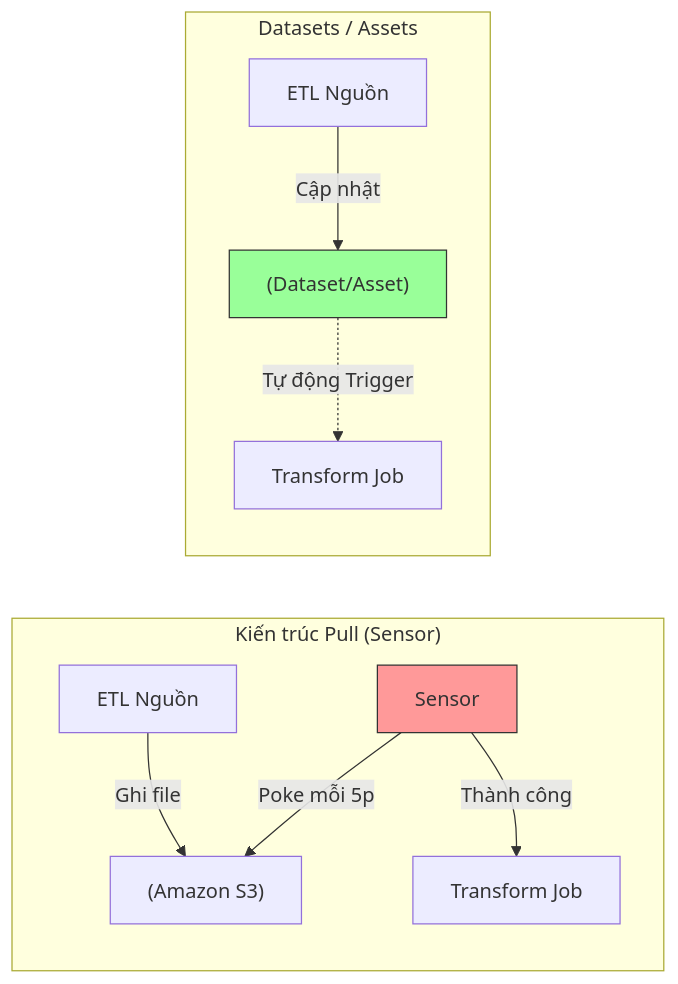
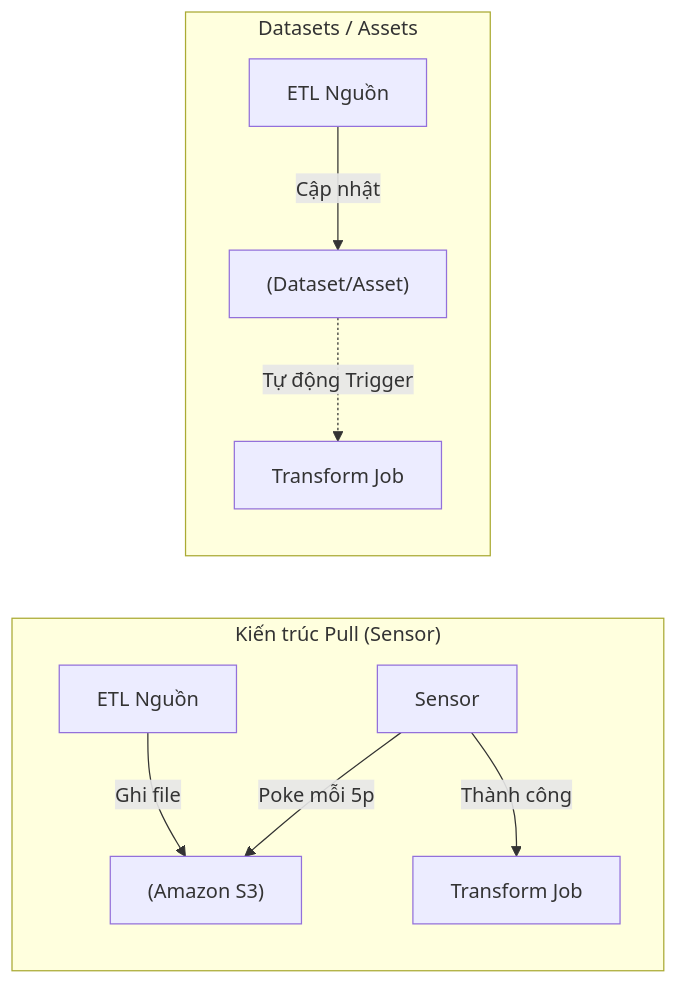
The second of 2 diagrams in src/content/docs/concepts/7-dataops-orchestration-quality/sensors.md (kythuatdulieu/kythuatdulieu.github.io), drawn with Mermaid before and after one commit. The commit also changed 686 other files, not shown here.

````diff
--- a/src/content/docs/concepts/7-dataops-orchestration-quality/sensors.md
+++ b/src/content/docs/concepts/7-dataops-orchestration-quality/sensors.md
@@ -146,16 +146,15 @@
 ```mermaid
 graph LR
     subgraph Kien_truc_Pull["Kiến trúc Pull (Sensor)"]
         JobA["ETL Nguồn"] -->|Ghi file| S3["(Amazon S3)"]
         S["Sensor"] -->|Poke mỗi 5p| S3
         S -->|Thành công| JobB["Transform Job"]
     end
 
     subgraph Kien_truc_Push["Datasets / Assets"]
         JobA_Push["ETL Nguồn"] -->|Cập nhật| DS["(Dataset/Asset)"]
         DS -.->|Tự động Trigger| JobB_Push["Transform Job"]
     end
-    
-    style S fill:#ff9999,stroke:#333
-    style DS fill:#99ff99,stroke:#333
+
+
 ```
````
